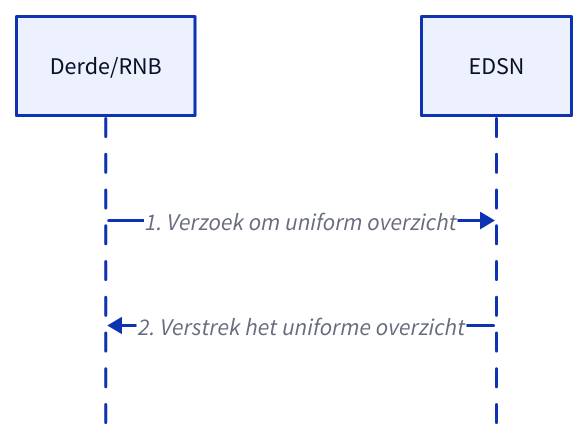
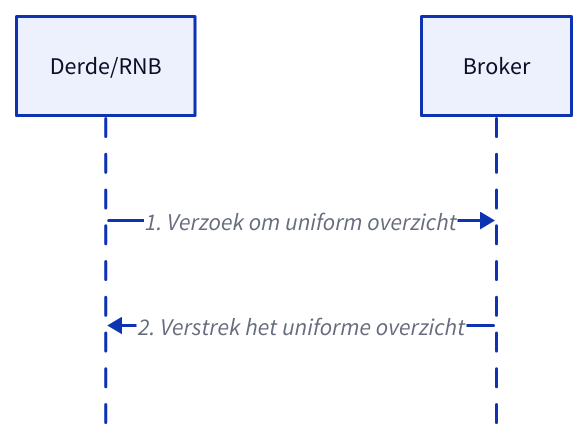
The diagram in src/docs/modules/ROOT/partials/diagrams/detectie/gebruiksscenario-centraal.d2 (Netbeheer-Nederland/solution-designs), drawn with D2 before and after one commit. The commit also changed 1 other file, not shown here.

```diff
--- a/src/docs/modules/ROOT/partials/diagrams/detectie/gebruiksscenario-centraal.d2
+++ b/src/docs/modules/ROOT/partials/diagrams/detectie/gebruiksscenario-centraal.d2
@@ -1,13 +1,13 @@
 vars: {
   d2-config: {
     pad: 20
   }
 }
 
 shape: sequence_diagram
 
 "DRNB": "Derde/RNB"
-"CDO": "EDSN"
+"CDO": "Broker"
 
 "DRNB" -> "CDO": "1. Verzoek om uniform overzicht"
 "CDO" -> "DRNB": "2. Verstrek het uniforme overzicht"
```
